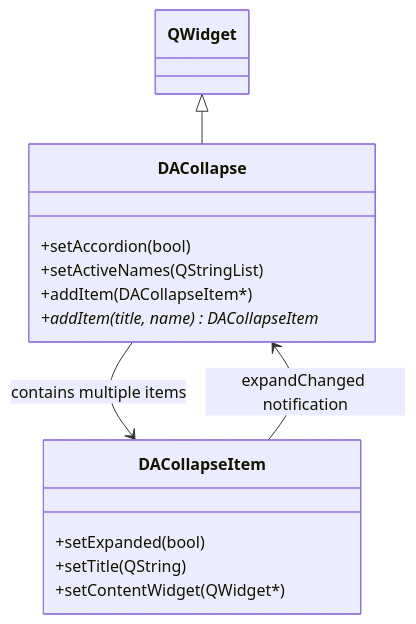
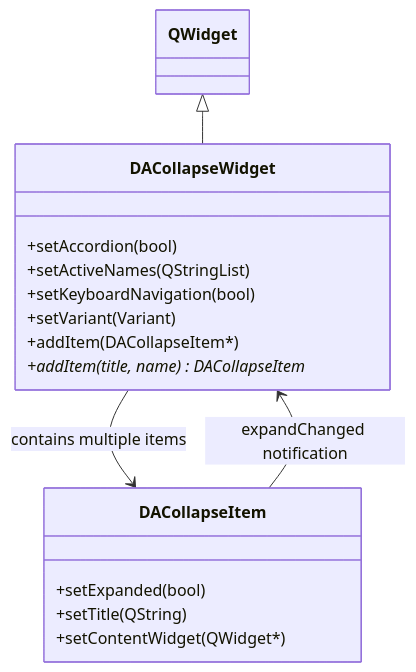
One commit to czyt1988/DAWidgets changed the diagram in docs/en/use-guide/collapse.md. Above: the diagram before and after it, drawn with Mermaid. The commit also changed other lines of this file and 4 other files, not shown here.

````diff
--- a/docs/en/use-guide/collapse.md
+++ b/docs/en/use-guide/collapse.md
@@ -20,19 +23,21 @@
 ```mermaid
 classDiagram
     class QWidget
-    class DACollapse {
+    class DACollapseWidget {
         +setAccordion(bool)
         +setActiveNames(QStringList)
+        +setKeyboardNavigation(bool)
+        +setVariant(Variant)
         +addItem(DACollapseItem*)
         +addItem(title, name) DACollapseItem*
     }
     class DACollapseItem {
         +setExpanded(bool)
         +setTitle(QString)
         +setContentWidget(QWidget*)
     }
 
-    QWidget <|-- DACollapse
-    DACollapse --> DACollapseItem : contains multiple items
-    DACollapseItem --> DACollapse : expandChanged notification
+    QWidget <|-- DACollapseWidget
+    DACollapseWidget --> DACollapseItem : contains multiple items
+    DACollapseItem --> DACollapseWidget : expandChanged notification
 ```
````
